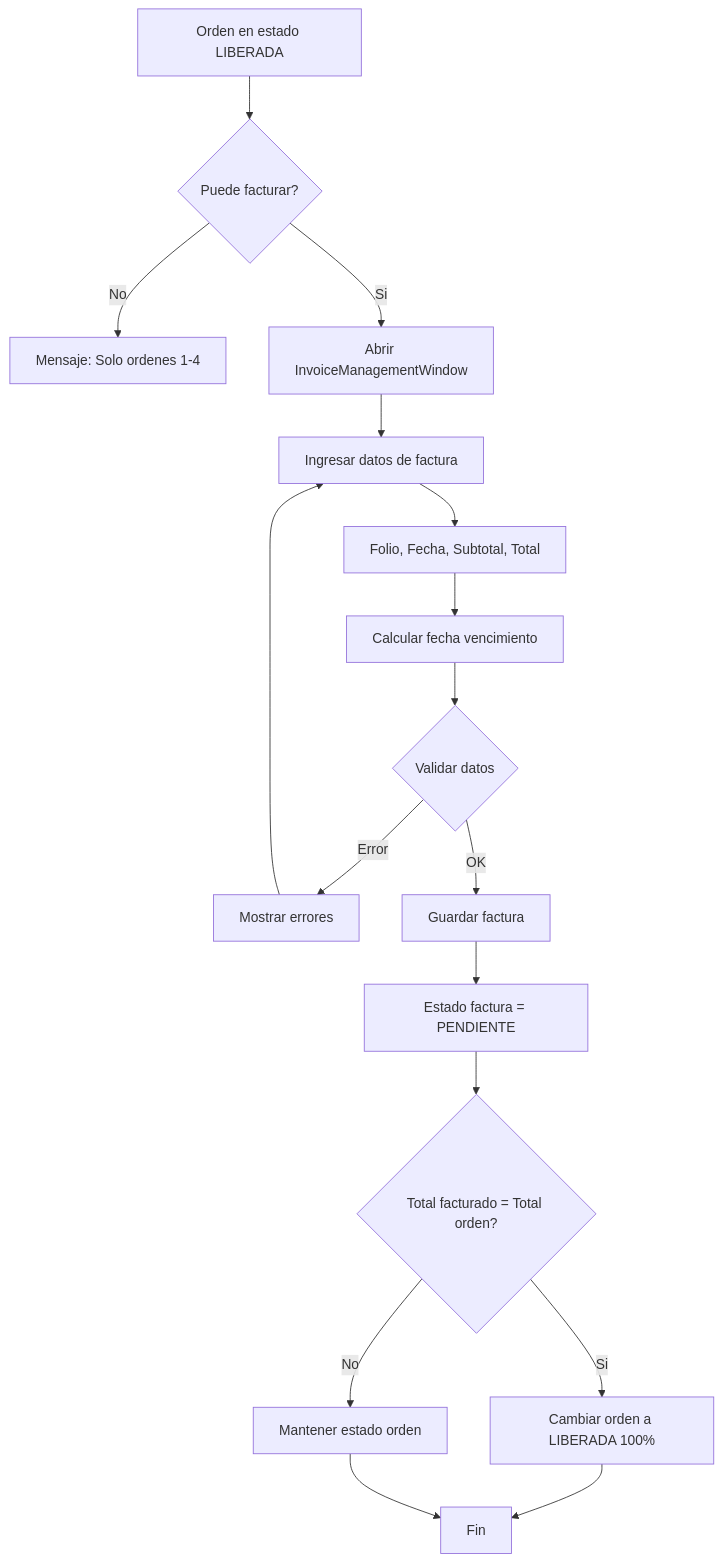
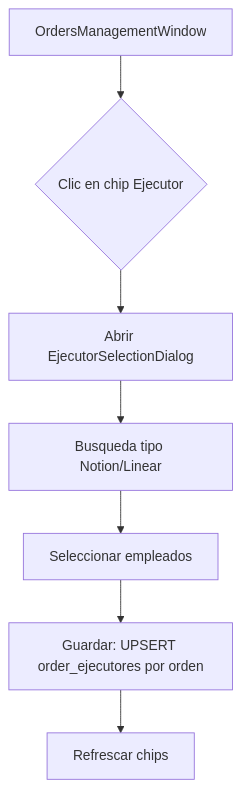
The second of 11 diagrams in docs/05_FLUJOS_TRABAJO.md (Anathema69/MX-VBA), drawn with Mermaid before and after one commit. The commit also changed other lines of this file and 32 other files, not shown here.

````diff
--- a/docs/05_FLUJOS_TRABAJO.md
+++ b/docs/05_FLUJOS_TRABAJO.md
@@ -77,24 +36,9 @@
 ```mermaid
 flowchart TD
-    A[Orden en estado LIBERADA] --> B{Puede facturar?}
-    B -->|No| C[Mensaje: Solo ordenes 1-4]
-    B -->|Si| D[Abrir InvoiceManagementWindow]
-
-    D --> E[Ingresar datos de factura]
-    E --> F[Folio, Fecha, Subtotal, Total]
-    F --> G[Calcular fecha vencimiento]
-    G --> H{Validar datos}
-
-    H -->|Error| I[Mostrar errores]
-    I --> E
-
-    H -->|OK| J[Guardar factura]
-    J --> K[Estado factura = PENDIENTE]
-
-    K --> L{Total facturado = Total orden?}
-    L -->|Si| M[Cambiar orden a LIBERADA 100%]
-    L -->|No| N[Mantener estado orden]
-
-    M --> O[Fin]
-    N --> O
+    A[OrdersManagementWindow] --> B{Clic en chip Ejecutor}
+    B --> C[Abrir EjecutorSelectionDialog]
+    C --> D[Busqueda tipo Notion/Linear]
+    D --> E[Seleccionar empleados]
+    E --> F[Guardar: UPSERT order_ejecutores por orden]
+    F --> G[Refrescar chips]
 ```
````
